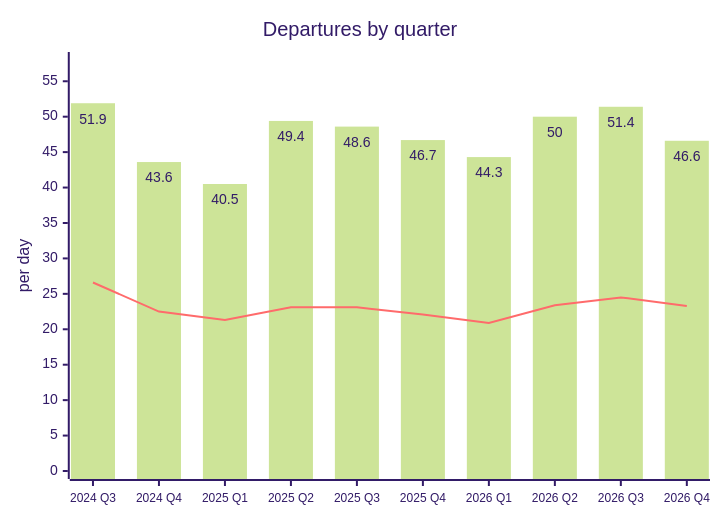
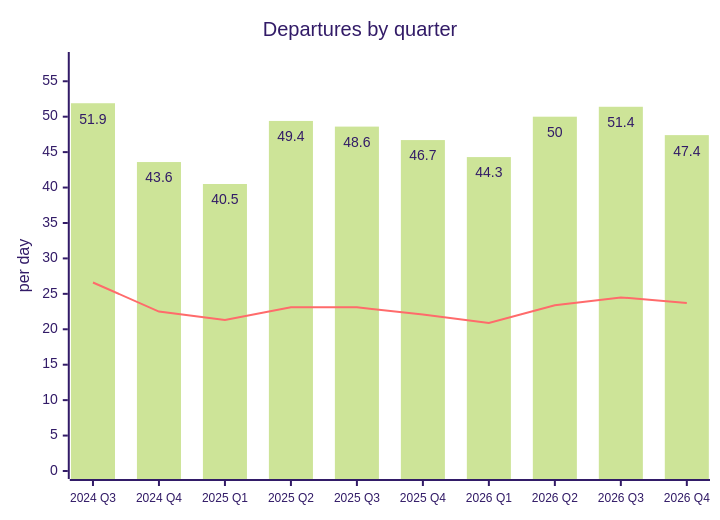
Before and after one commit to rainermesi/tll-airport-departures: the second of 2 diagrams in README.md, drawn with Mermaid (forest theme). The commit also changed other lines of this file and 3 other files, not shown here.

````diff
--- a/README.md
+++ b/README.md
@@ -54,15 +54,15 @@
 ```mermaid
 ---
 config:
   xyChart:
     showDataLabel: true
     xAxis:
       labelFontSize: 12
 ---
 xychart-beta
     title "Departures by quarter"
     x-axis ["2024 Q3", "2024 Q4", "2025 Q1", "2025 Q2", "2025 Q3", "2025 Q4", "2026 Q1", "2026 Q2", "2026 Q3", "2026 Q4"]
     y-axis "per day" 0 --> 58
-    bar [51.9, 43.6, 40.5, 49.4, 48.6, 46.7, 44.3, 50.0, 51.4, 46.6]
-    line [26.6, 22.5, 21.3, 23.1, 23.1, 22.1, 20.9, 23.4, 24.5, 23.3]
+    bar [51.9, 43.6, 40.5, 49.4, 48.6, 46.7, 44.3, 50.0, 51.4, 47.4]
+    line [26.6, 22.5, 21.3, 23.1, 23.1, 22.1, 20.9, 23.4, 24.5, 23.7]
 ```
````
